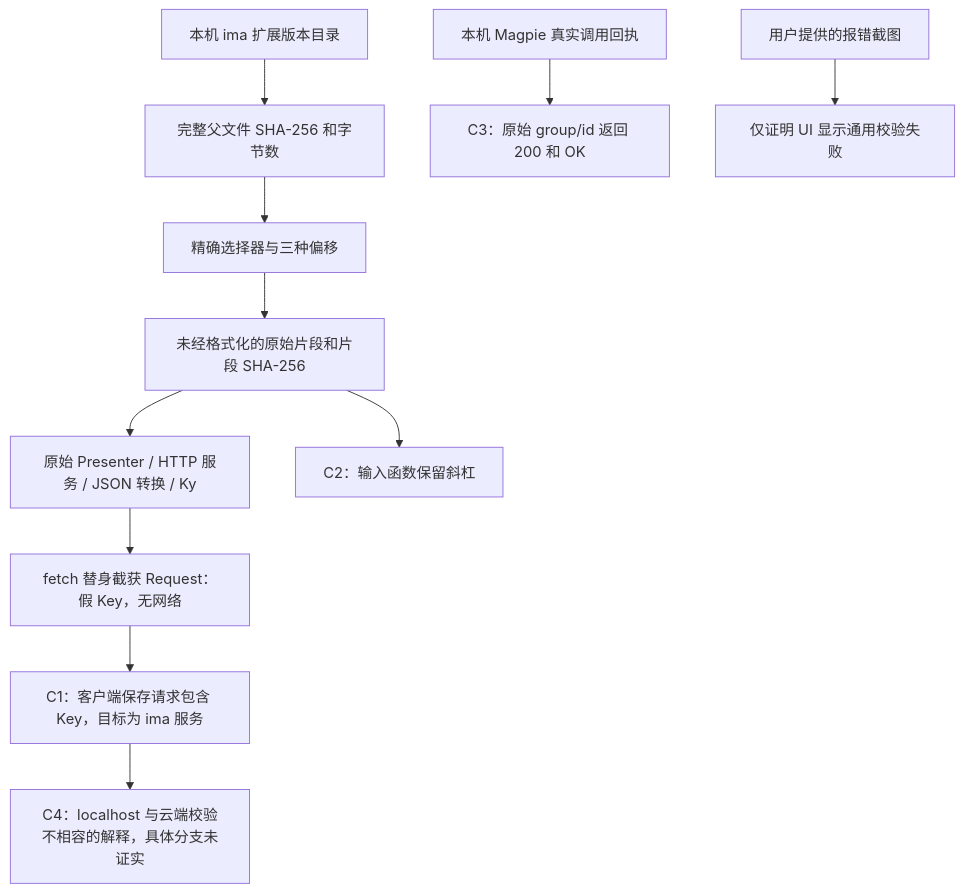
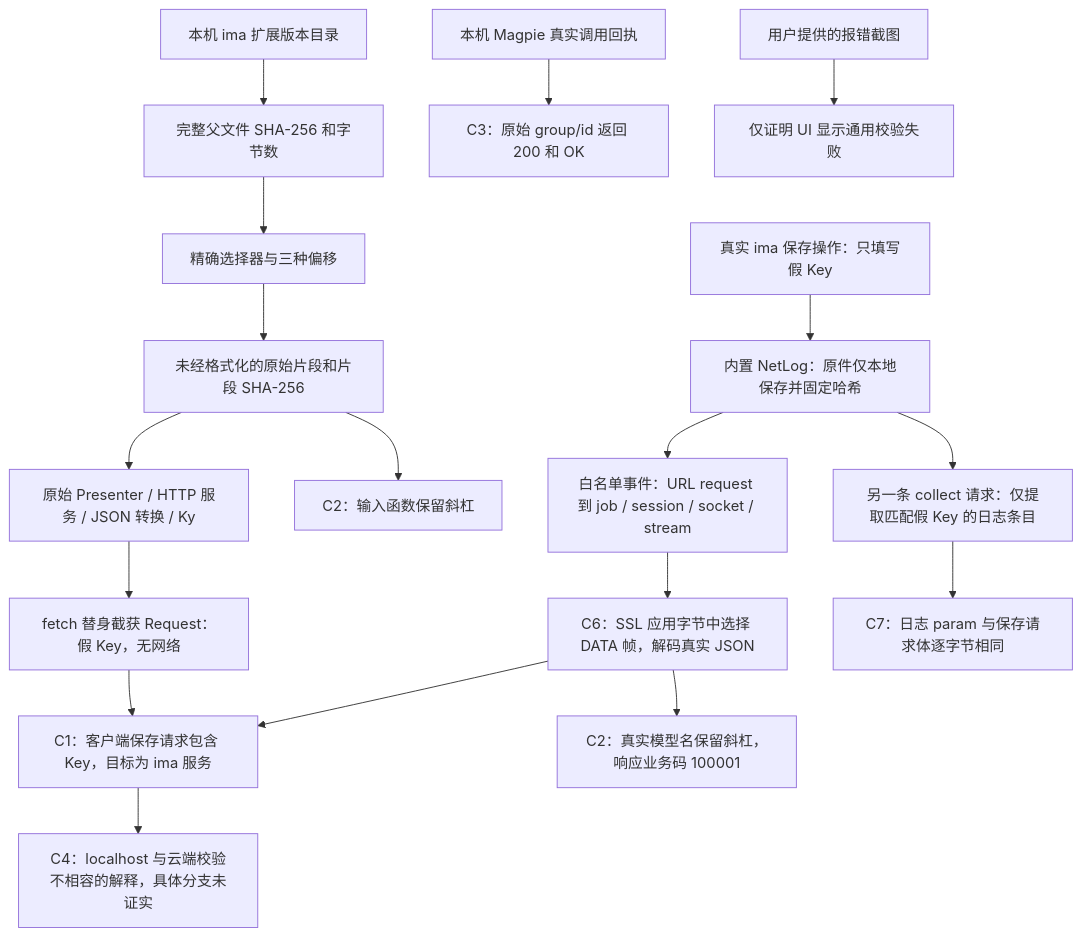
One commit to lilongsky/ima-custom-model-evidence changed the diagram in docs/evidence-chain.md. Above: the diagram before and after it, drawn with Mermaid. The commit also changed other lines of this file and 21 other files, not shown here.

Commit message:
Add live NetLog evidence and failed-request telemetry finding

````diff
--- a/docs/evidence-chain.md
+++ b/docs/evidence-chain.md
@@ -5,13 +5,20 @@
 ```mermaid
 flowchart TD
   A[本机 ima 扩展版本目录] --> B[完整父文件 SHA-256 和字节数]
   B --> C[精确选择器与三种偏移]
   C --> D[未经格式化的原始片段和片段 SHA-256]
   D --> E[原始 Presenter / HTTP 服务 / JSON 转换 / Ky]
   E --> F[fetch 替身截获 Request：假 Key，无网络]
   F --> G[C1：客户端保存请求包含 Key，目标为 ima 服务]
+  N[真实 ima 保存操作：只填写假 Key] --> O[内置 NetLog：原件仅本地保存并固定哈希]
+  O --> P[白名单事件：URL request 到 job / session / socket / stream]
+  P --> Q[C6：SSL 应用字节中选择 DATA 帧，解码真实 JSON]
+  Q --> G
+  Q --> R[C2：真实模型名保留斜杠，响应业务码 100001]
+  O --> S[另一条 collect 请求：仅提取匹配假 Key 的日志条目]
+  S --> T[C7：日志 param 与保存请求体逐字节相同]
   D --> H[C2：输入函数保留斜杠]
   I[本机 Magpie 真实调用回执] --> J[C3：原始 group/id 返回 200 和 OK]
   K[用户提供的报错截图] --> L[仅证明 UI 显示通用校验失败]
   G --> M[C4：localhost 与云端校验不相容的解释，具体分支未证实]
 ```
````
